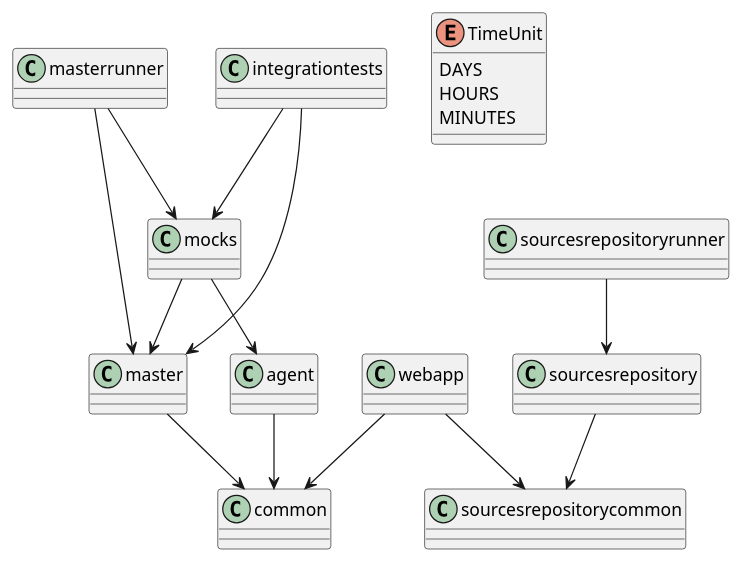
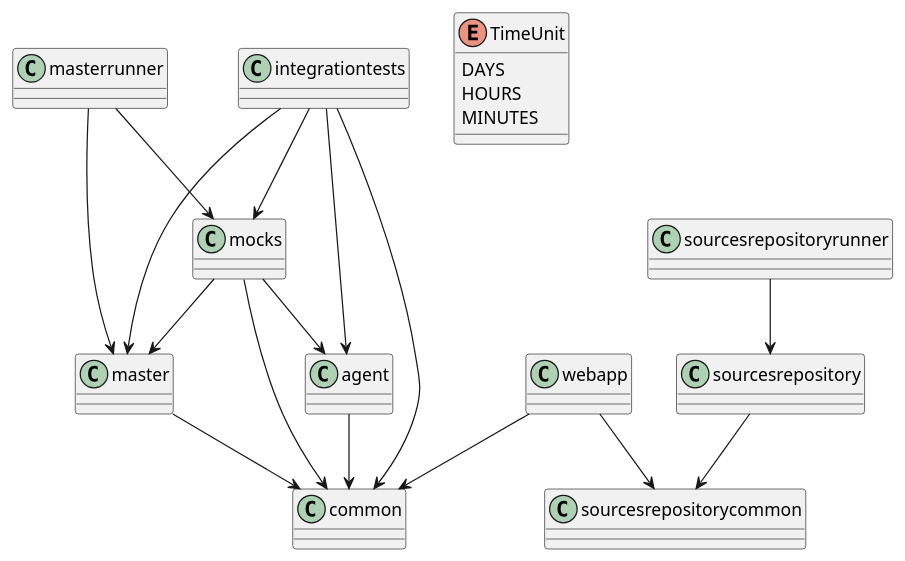
The diagram in doc/modules.puml (mekhanikov/ci-engine), drawn with PlantUML before and after one commit.

Commit message:
revert deps changes

```diff
--- a/doc/modules.puml
+++ b/doc/modules.puml
@@ -1,26 +1,27 @@
 @startuml
 
 agent --> common
+integrationtests --> common
 integrationtests --> master
-'integrationtests --> agent
+integrationtests --> agent
 integrationtests --> mocks
 master --> common
 masterrunner --> mocks
 masterrunner --> master
-'mocks --> common
+mocks --> common
 mocks --> master
 mocks --> agent
 sourcesrepository --> sourcesrepositorycommon
 sourcesrepositoryrunner --> sourcesrepository
 webapp --> common
 webapp --> sourcesrepositorycommon
 
 
 
 enum TimeUnit {
 DAYS
 HOURS
 MINUTES
 }
 
 @enduml
```
